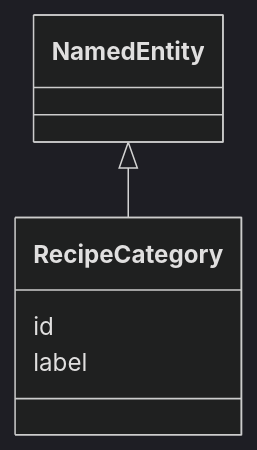
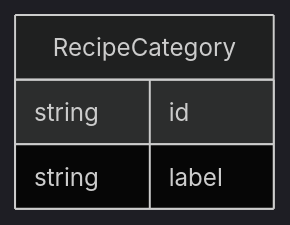
Before and after one commit to monarch-initiative/ontogpt: the diagram in docs/recipe/RecipeCategory.md, drawn with Mermaid (dark theme). The commit also changed 52 other files, not shown here.

````diff
--- a/docs/recipe/RecipeCategory.md
+++ b/docs/recipe/RecipeCategory.md
@@ -8,9 +8,10 @@
 ```mermaid
- classDiagram
-    class RecipeCategory
-      NamedEntity <|-- RecipeCategory
-      
-      RecipeCategory : id
-      RecipeCategory : label
-      
+erDiagram
+RecipeCategory {
+    string id  
+    string label  
+}
+
+
+
 ```
````
